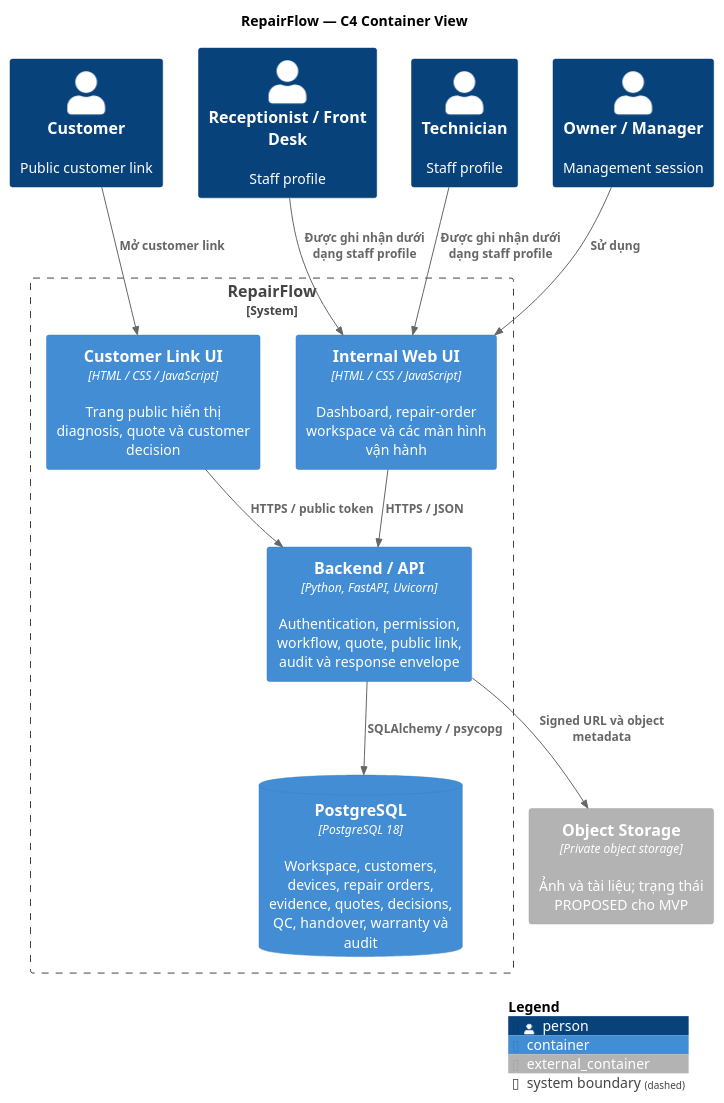
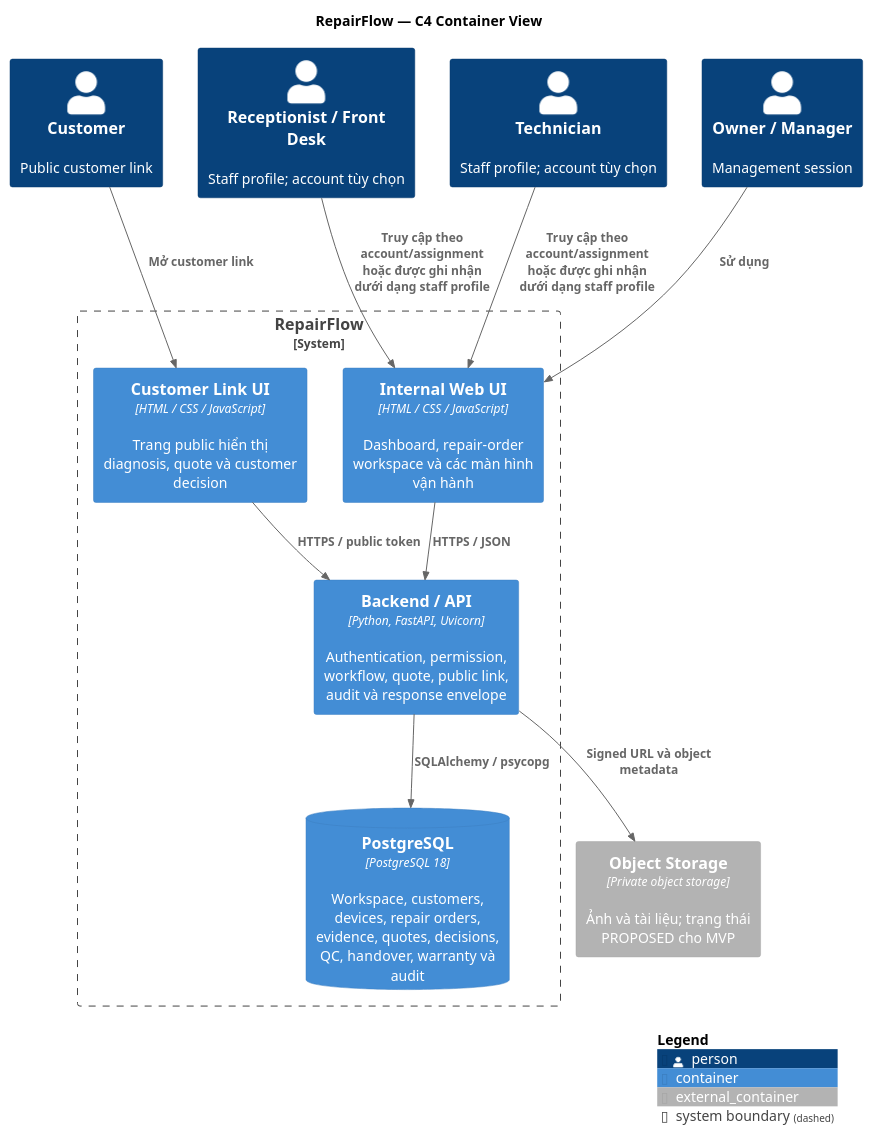
Before and after one commit to datdt03/DOTHANHDAT_INTERN_01278: the diagram in docs/v0/architecture/repairflow-c4-container.puml, drawn with PlantUML. The commit also changed 20 other files, not shown here.

Commit message:
feat(docs): add use case overview diagram for RepairFlow

```diff
--- a/docs/v0/architecture/repairflow-c4-container.puml
+++ b/docs/v0/architecture/repairflow-c4-container.puml
@@ -1,31 +1,31 @@
 @startuml repairflow-c4-container
 !include <C4/C4_Container>
 
 LAYOUT_TOP_DOWN()
 title RepairFlow — C4 Container View
 
 Person(owner, "Owner / Manager", "Management session")
 Person(customer, "Customer", "Public customer link")
-Person(receptionist, "Receptionist / Front Desk", "Staff profile")
-Person(technician, "Technician", "Staff profile")
+Person(receptionist, "Receptionist / Front Desk", "Staff profile; account tùy chọn")
+Person(technician, "Technician", "Staff profile; account tùy chọn")
 
 System_Boundary(repairflow, "RepairFlow") {
     Container(internalUi, "Internal Web UI", "HTML / CSS / JavaScript", "Dashboard, repair-order workspace và các màn hình vận hành")
     Container(customerUi, "Customer Link UI", "HTML / CSS / JavaScript", "Trang public hiển thị diagnosis, quote và customer decision")
     Container(api, "Backend / API", "Python, FastAPI, Uvicorn", "Authentication, permission, workflow, quote, public link, audit và response envelope")
     ContainerDb(database, "PostgreSQL", "PostgreSQL 18", "Workspace, customers, devices, repair orders, evidence, quotes, decisions, QC, handover, warranty và audit")
 }
 
 Container_Ext(objectStorage, "Object Storage", "Private object storage", "Ảnh và tài liệu; trạng thái PROPOSED cho MVP")
 
 Rel(owner, internalUi, "Sử dụng")
-Rel(receptionist, internalUi, "Được ghi nhận dưới dạng staff profile")
-Rel(technician, internalUi, "Được ghi nhận dưới dạng staff profile")
+Rel(receptionist, internalUi, "Truy cập theo account/assignment hoặc được ghi nhận dưới dạng staff profile")
+Rel(technician, internalUi, "Truy cập theo account/assignment hoặc được ghi nhận dưới dạng staff profile")
 Rel(customer, customerUi, "Mở customer link")
 Rel(internalUi, api, "HTTPS / JSON")
 Rel(customerUi, api, "HTTPS / public token")
 Rel(api, database, "SQLAlchemy / psycopg")
 Rel(api, objectStorage, "Signed URL và object metadata")
 
 SHOW_LEGEND()
 @enduml
```
